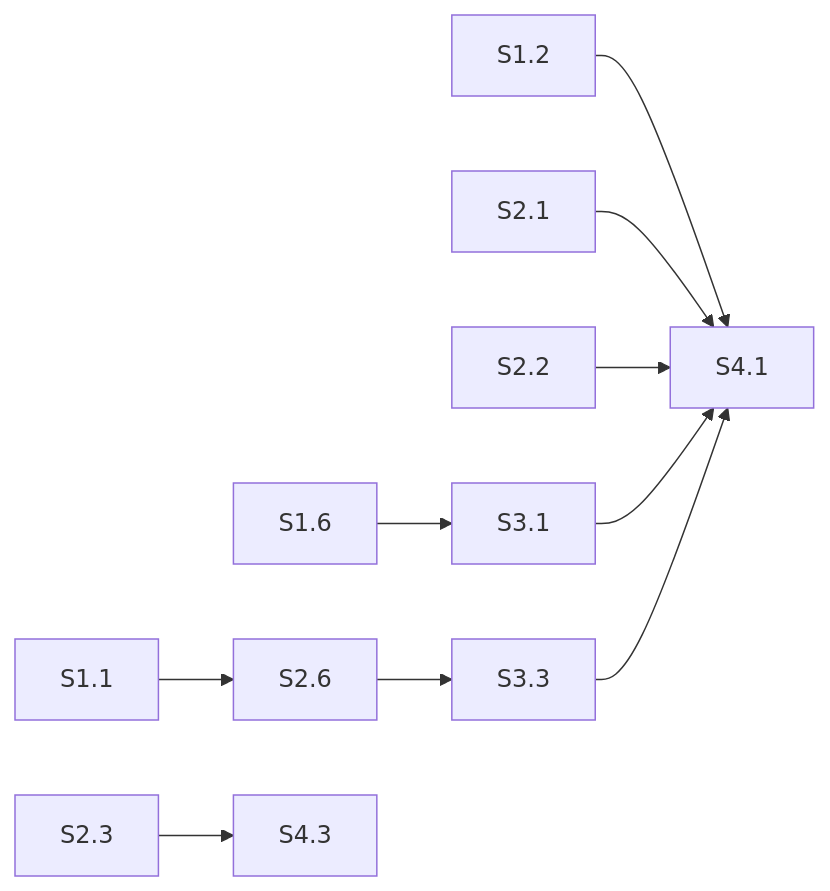
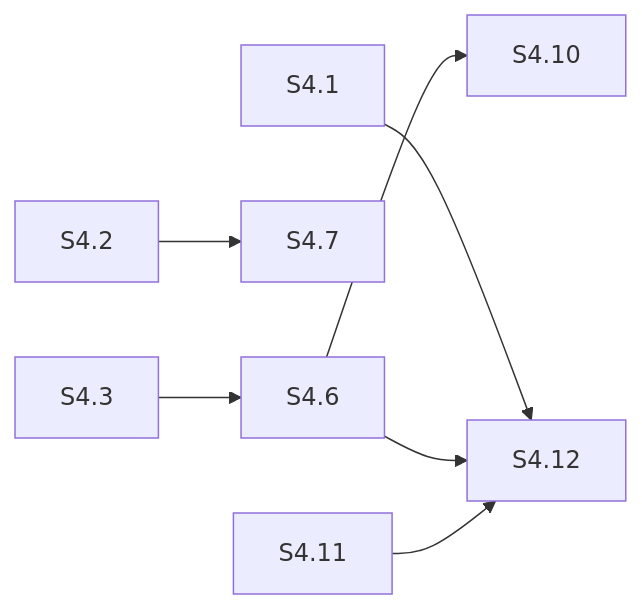
Before and after one commit to ferrosadb/ferrosa: the diagram in specs/project-plan-next-sprints.md, drawn with Mermaid. The commit also changed other lines of this file, not shown here.

````diff
--- a/specs/project-plan-next-sprints.md
+++ b/specs/project-plan-next-sprints.md
@@ -98,12 +113,9 @@
 ```mermaid
 graph LR
-    S1.1 --> S2.6
-    S1.2 --> S4.1
-    S1.6 --> S3.1
-    S2.1 --> S4.1
-    S2.2 --> S4.1
-    S2.3 --> S4.3
-    S2.6 --> S3.3
-    S3.1 --> S4.1
-    S3.3 --> S4.1
+    S4.1 --> S4.12
+    S4.2 --> S4.7
+    S4.3 --> S4.6
+    S4.6 --> S4.10
+    S4.6 --> S4.12
+    S4.11 --> S4.12
 ```
````
